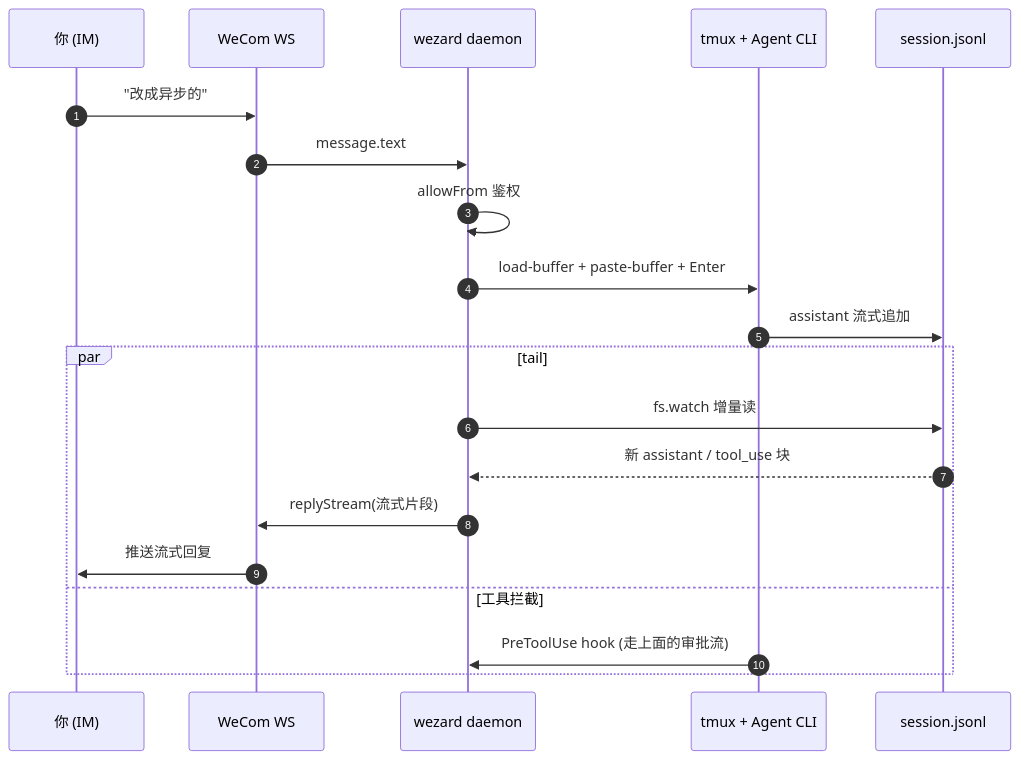
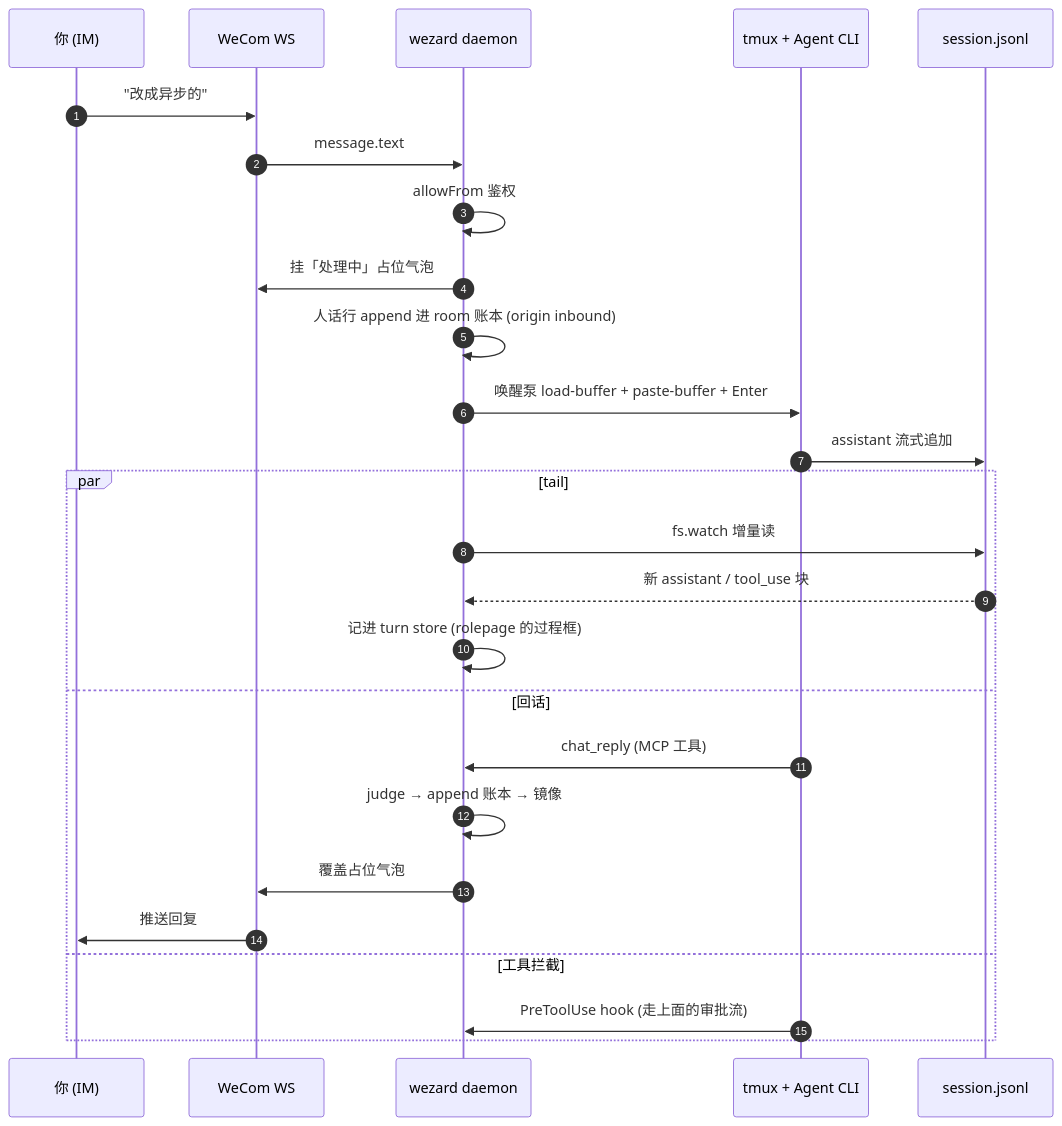
The third of 13 diagrams in 技术说明.md (guxi11/wezard), drawn with Mermaid before and after one commit. The commit also changed other lines of this file and 3 other files, not shown here.

````diff
--- a/技术说明.md
+++ b/技术说明.md
@@ -58,23 +58,29 @@
 ```mermaid
 sequenceDiagram
     autonumber
     participant U as 你 (IM)
     participant WS as WeCom WS
     participant D as wezard daemon
     participant T as tmux + Agent CLI
     participant J as session.jsonl
 
     U->>WS: "改成异步的"
     WS->>D: message.text
     D->>D: allowFrom 鉴权
-    D->>T: load-buffer + paste-buffer + Enter
+    D->>WS: 挂「处理中」占位气泡
+    D->>D: 人话行 append 进 room 账本 (origin inbound)
+    D->>T: 唤醒泵 load-buffer + paste-buffer + Enter
     T->>J: assistant 流式追加
     par tail
         D->>J: fs.watch 增量读
         J-->>D: 新 assistant / tool_use 块
-        D->>WS: replyStream(流式片段)
-        WS->>U: 推送流式回复
+        D->>D: 记进 turn store (rolepage 的过程框)
+    and 回话
+        T->>D: chat_reply (MCP 工具)
+        D->>D: judge → append 账本 → 镜像
+        D->>WS: 覆盖占位气泡
+        WS->>U: 推送回复
     and 工具拦截
         T->>D: PreToolUse hook (走上面的审批流)
     end
 ```
````
